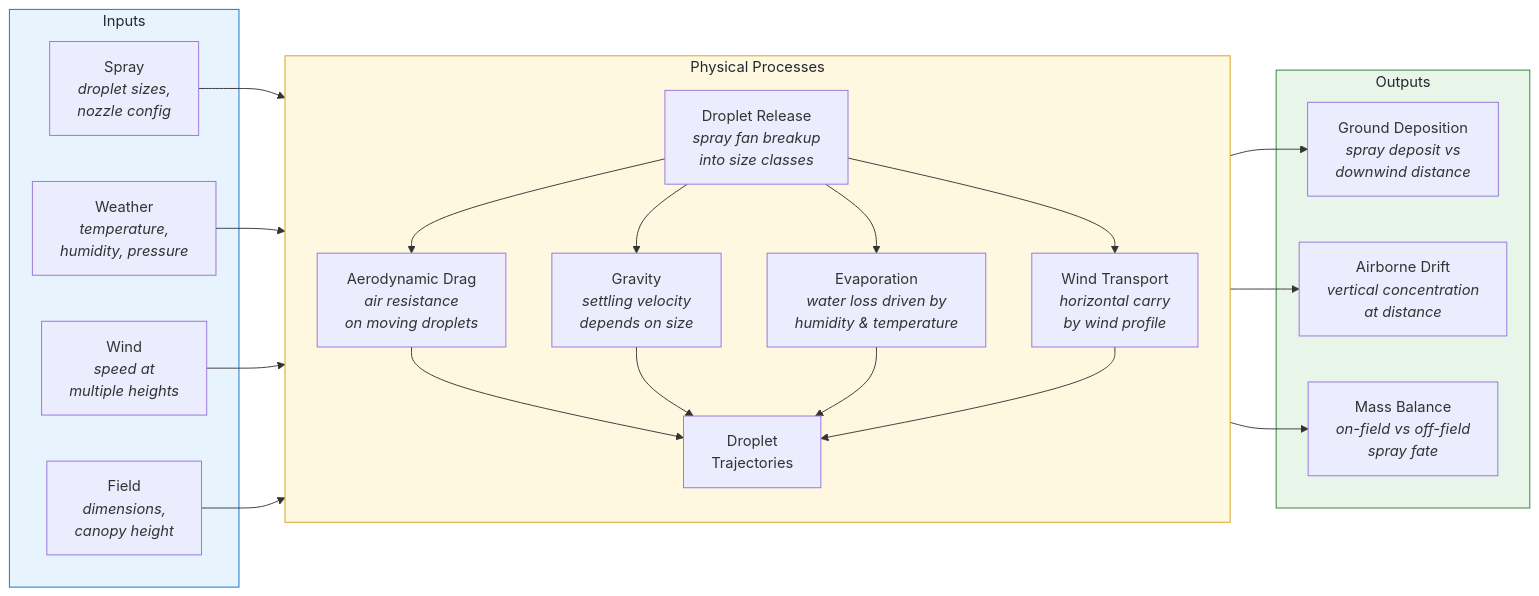
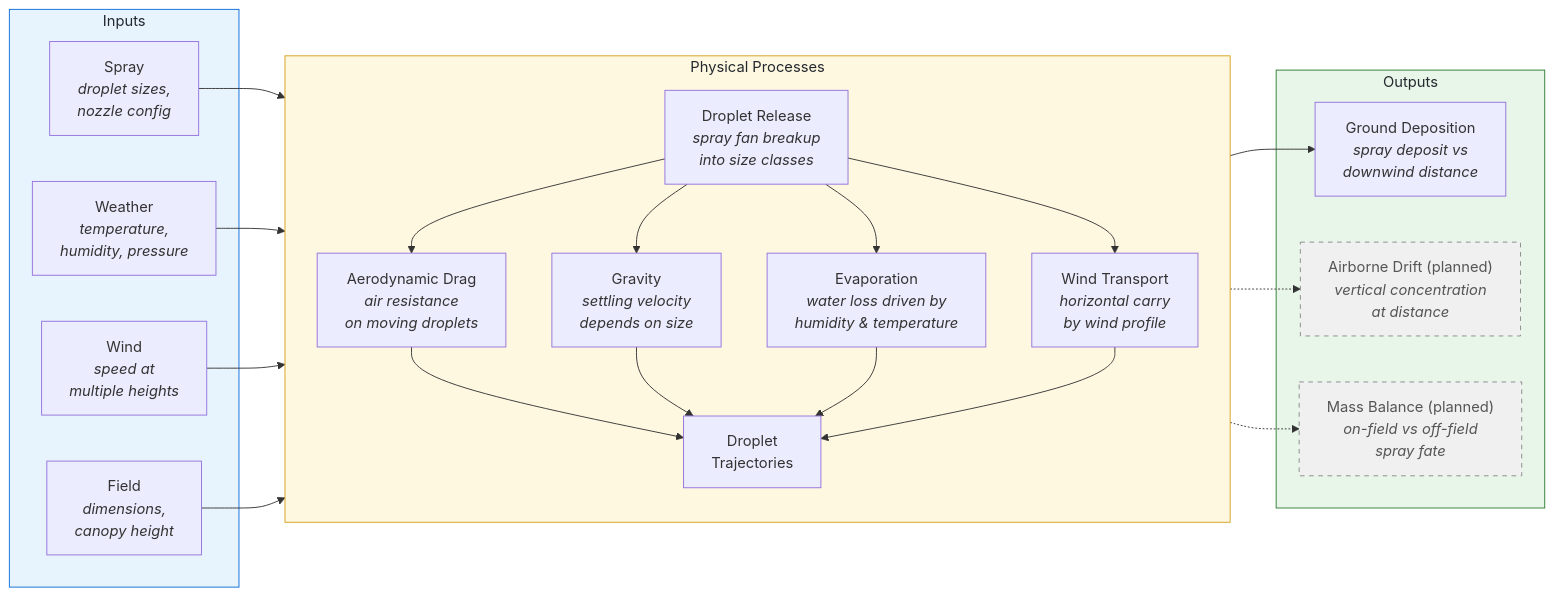
The diagram in docs/README.md (SprayDriftModels/CDM), drawn with Mermaid before and after one commit. The commit also changed other lines of this file and 22 other files, not shown here.

````diff
--- a/docs/README.md
+++ b/docs/README.md
@@ -100,47 +100,49 @@
 ```mermaid
 flowchart LR
     subgraph Inputs["Inputs"]
         SPRAY["Spray<br/><i>droplet sizes,<br/>nozzle config</i>"]
         WEATHER["Weather<br/><i>temperature,<br/>humidity, pressure</i>"]
         WIND["Wind<br/><i>speed at<br/>multiple heights</i>"]
         FIELD["Field<br/><i>dimensions,<br/>canopy height</i>"]
     end
 
     subgraph Physics["Physical Processes"]
         direction TB
         RELEASE["Droplet Release<br/><i>spray fan breakup<br/>into size classes</i>"]
         DRAG["Aerodynamic Drag<br/><i>air resistance<br/>on moving droplets</i>"]
         GRAVITY["Gravity<br/><i>settling velocity<br/>depends on size</i>"]
         EVAP["Evaporation<br/><i>water loss driven by<br/>humidity &amp; temperature</i>"]
         WINDTRANS["Wind Transport<br/><i>horizontal carry<br/>by wind profile</i>"]
 
         RELEASE --> DRAG
         RELEASE --> GRAVITY
         RELEASE --> EVAP
         RELEASE --> WINDTRANS
         DRAG --> TRAJECTORY
         GRAVITY --> TRAJECTORY
         EVAP --> TRAJECTORY
         WINDTRANS --> TRAJECTORY
         TRAJECTORY["Droplet<br/>Trajectories"]
     end
 
     subgraph Results["Outputs"]
         DEP["Ground Deposition<br/><i>spray deposit vs<br/>downwind distance</i>"]
-        VERT["Airborne Drift<br/><i>vertical concentration<br/>at distance</i>"]
-        MASS["Mass Balance<br/><i>on-field vs off-field<br/>spray fate</i>"]
+        VERT["Airborne Drift (planned)<br/><i>vertical concentration<br/>at distance</i>"]
+        MASS["Mass Balance (planned)<br/><i>on-field vs off-field<br/>spray fate</i>"]
     end
 
     SPRAY --> RELEASE
     WEATHER --> EVAP
     WIND --> WINDTRANS
     FIELD --> TRAJECTORY
 
     TRAJECTORY --> DEP
-    TRAJECTORY --> VERT
-    TRAJECTORY --> MASS
+    TRAJECTORY -.-> VERT
+    TRAJECTORY -.-> MASS
 
     style Inputs fill:#e8f4fd,stroke:#0969da,color:#24292f
     style Physics fill:#fff8e1,stroke:#d4a017,color:#24292f
     style Results fill:#e8f5e9,stroke:#2e7d32,color:#24292f
+    style VERT fill:#f0f0f0,stroke:#888,stroke-dasharray: 5 5,color:#555
+    style MASS fill:#f0f0f0,stroke:#888,stroke-dasharray: 5 5,color:#555
 ```
````
